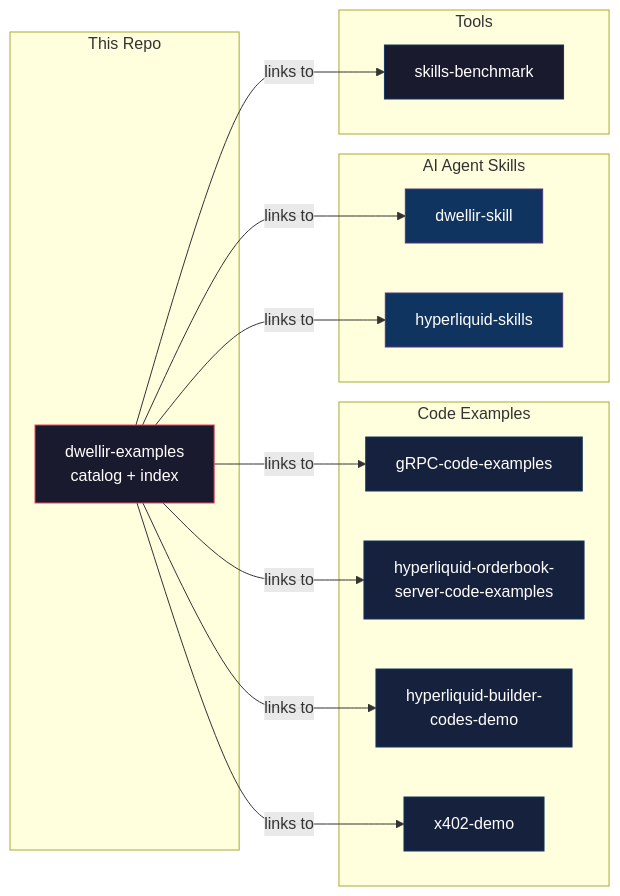
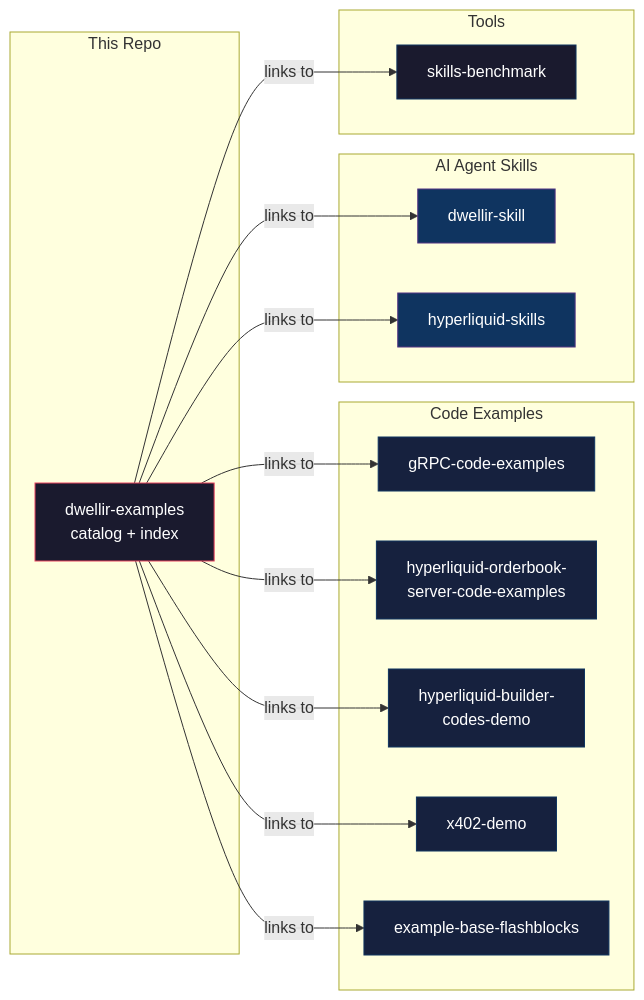
The diagram in README.md (dwellir-public/dwellir-examples), drawn with Mermaid before and after one commit. The commit also changed other lines of this file and 2 other files, not shown here.

Commit message:
Add Base Flashblocks Visualizer to catalog
New example: example-base-flashblocks — side-by-side visualization
of 200ms flashblock pre-confirmations vs 2s block finality on Base.

````diff
--- a/README.md
+++ b/README.md
@@ -45,35 +46,37 @@
 ```mermaid
 graph LR
     subgraph This Repo
         CAT[dwellir-examples<br/>catalog + index]
     end
 
     subgraph Code Examples
         E1[gRPC-code-examples]
         E2[hyperliquid-orderbook-<br/>server-code-examples]
         E3[hyperliquid-builder-<br/>codes-demo]
         E4[x402-demo]
+        E5[example-base-flashblocks]
     end
 
     subgraph AI Agent Skills
         S1[dwellir-skill]
         S2[hyperliquid-skills]
     end
 
     subgraph Tools
         T1[skills-benchmark]
     end
 
-    CAT -->|links to| E1 & E2 & E3 & E4
+    CAT -->|links to| E1 & E2 & E3 & E4 & E5
     CAT -->|links to| S1 & S2
     CAT -->|links to| T1
 
     style CAT fill:#1a1a2e,stroke:#e94560,color:#fff
     style E1 fill:#16213e,stroke:#0f3460,color:#fff
     style E2 fill:#16213e,stroke:#0f3460,color:#fff
     style E3 fill:#16213e,stroke:#0f3460,color:#fff
     style E4 fill:#16213e,stroke:#0f3460,color:#fff
+    style E5 fill:#16213e,stroke:#0f3460,color:#fff
     style S1 fill:#0f3460,stroke:#533483,color:#fff
     style S2 fill:#0f3460,stroke:#533483,color:#fff
     style T1 fill:#1a1a2e,stroke:#0f3460,color:#fff
 ```
````
